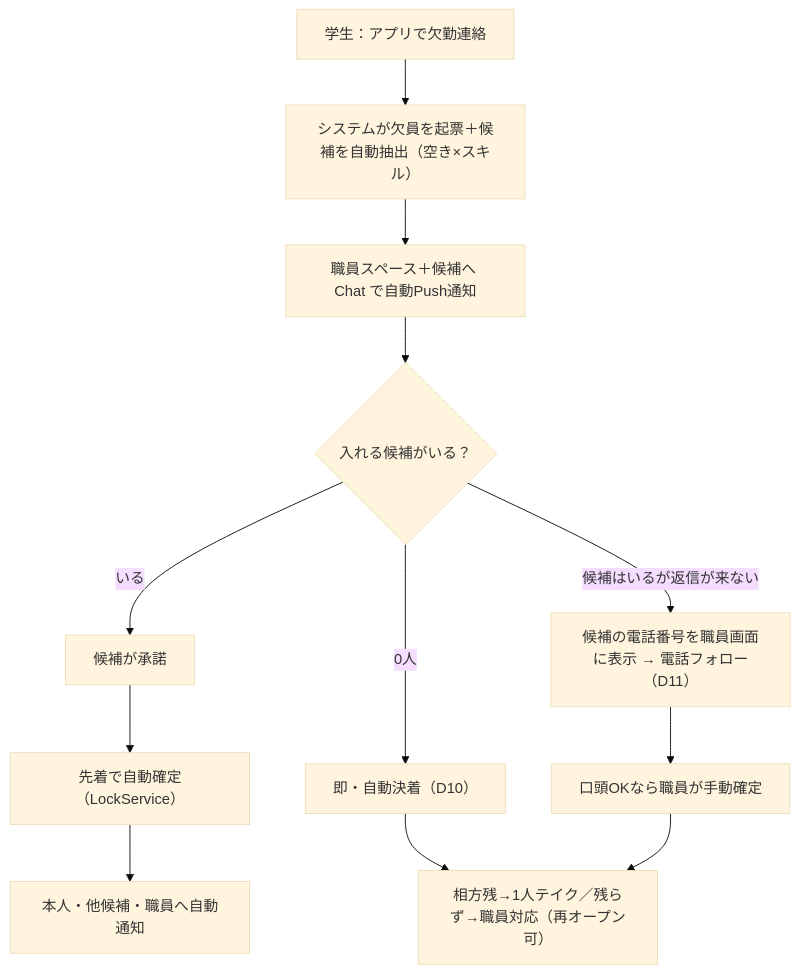
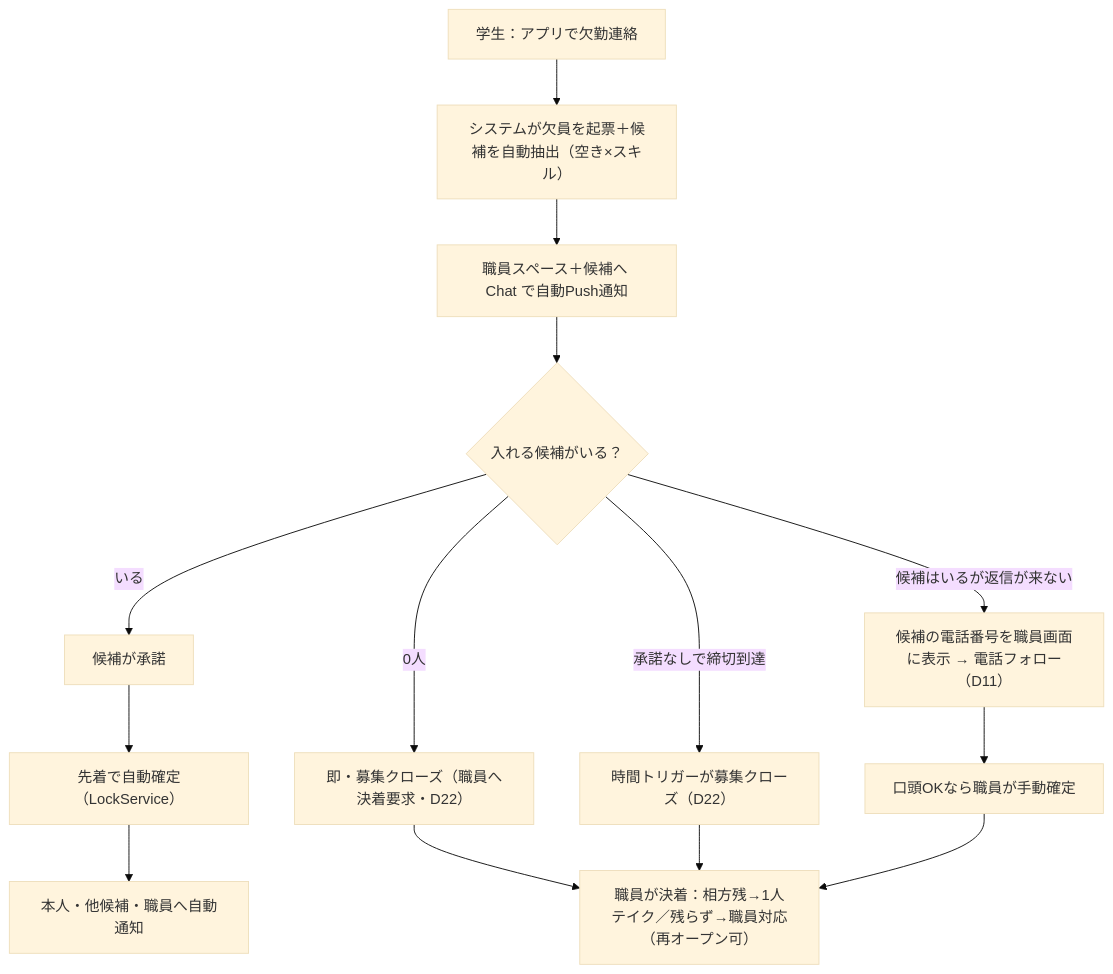
The second of 4 diagrams in docs/spec/requirements.md (Nakano-official/takeover), drawn with Mermaid (base theme) before and after one commit. The commit also changed other lines of this file and 34 other files, not shown here.

````diff
--- a/docs/spec/requirements.md
+++ b/docs/spec/requirements.md
@@ -52,14 +52,16 @@
 ```mermaid
 flowchart TD
   A["学生：アプリで欠勤連絡"] --> B["システムが欠員を起票＋候補を自動抽出（空き×スキル）"]
   B --> C["職員スペース＋候補へ Chat で自動Push通知"]
   C --> D{"入れる候補がいる？"}
   D -->|いる| E["候補が承諾"]
   E --> F["先着で自動確定（LockService）"]
   F --> G["本人・他候補・職員へ自動通知"]
-  D -->|0人| J["即・自動決着（D10）"]
+  D -->|0人| J["即・募集クローズ（職員へ決着要求・D22）"]
   D -->|候補はいるが返信が来ない| H["候補の電話番号を職員画面に表示 → 電話フォロー（D11）"]
   H --> K["口頭OKなら職員が手動確定"]
-  J --> I["相方残→1人テイク／残らず→職員対応（再オープン可）"]
+  D -->|承諾なしで締切到達| L["時間トリガーが募集クローズ（D22）"]
+  J --> I["職員が決着：相方残→1人テイク／残らず→職員対応（再オープン可）"]
+  L --> I
   K --> I
 ```
````
